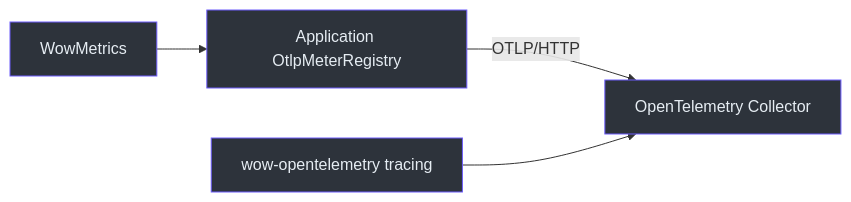
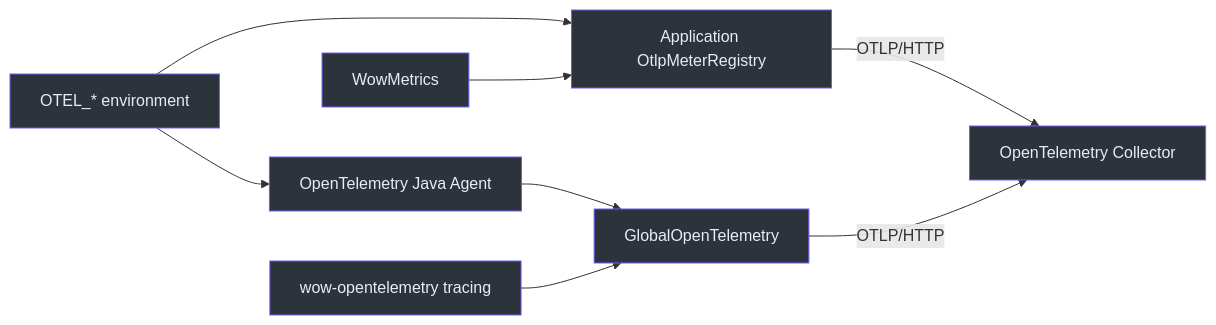
One commit to Ahoo-Wang/Wow changed the diagram in documentation/docs/en/reference/config/observability.md. Above: the diagram before and after it, drawn with Mermaid. The commit also changed other lines of this file and 11 other files, not shown here.

Commit message:
docs: simplify OpenTelemetry integration (#2873)

````diff
--- a/documentation/docs/en/reference/config/observability.md
+++ b/documentation/docs/en/reference/config/observability.md
@@ -147,9 +142,13 @@
 ```mermaid
 flowchart LR
-    Wow["WowMetrics"] --> Otlp["Application OtlpMeterRegistry"]
+    Env["OTEL_* environment"] --> Otlp["Application OtlpMeterRegistry"]
+    Env --> Agent["OpenTelemetry Java Agent"]
+    Wow["WowMetrics"] --> Otlp
     Otlp -->|"OTLP/HTTP"| Collector["OpenTelemetry Collector"]
-    Tracing["wow-opentelemetry tracing"] --> Collector
+    Agent --> Global["GlobalOpenTelemetry"]
+    Tracing["wow-opentelemetry tracing"] --> Global
+    Global -->|"OTLP/HTTP"| Collector
 
     classDef telemetry fill:#2d333b,stroke:#6d5dfc,color:#e6edf3
-    class Wow,Otlp,Collector,Tracing telemetry
+    class Env,Otlp,Agent,Wow,Collector,Global,Tracing telemetry
 ```
````
